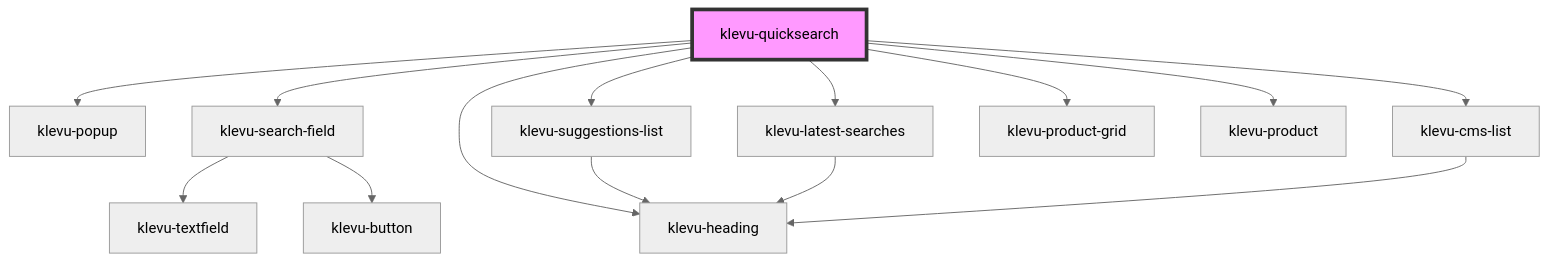
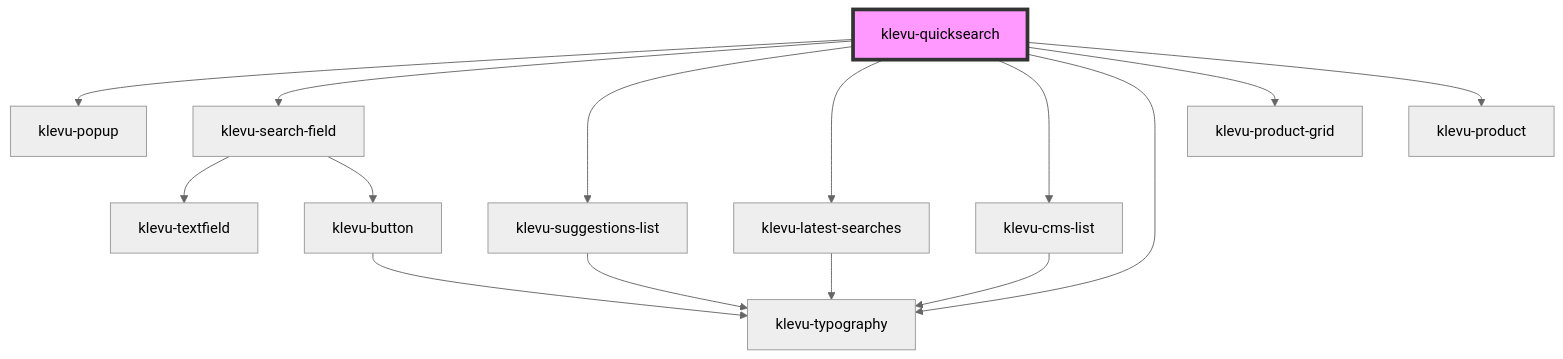
The diagram in packages/klevu-ui/src/components/klevu-quicksearch/readme.md (klevultd/frontend-sdk), drawn with Mermaid (neutral theme) before and after one commit. The commit also changed other lines of this file and 39 other files, not shown here.

Commit message:
change heading to typography and create system

````diff
--- a/packages/klevu-ui/src/components/klevu-quicksearch/readme.md
+++ b/packages/klevu-ui/src/components/klevu-quicksearch/readme.md
@@ -44,17 +44,18 @@
 ```mermaid
 graph TD;
   klevu-quicksearch --> klevu-popup
   klevu-quicksearch --> klevu-search-field
   klevu-quicksearch --> klevu-suggestions-list
   klevu-quicksearch --> klevu-latest-searches
   klevu-quicksearch --> klevu-cms-list
-  klevu-quicksearch --> klevu-heading
+  klevu-quicksearch --> klevu-typography
   klevu-quicksearch --> klevu-product-grid
   klevu-quicksearch --> klevu-product
   klevu-search-field --> klevu-textfield
   klevu-search-field --> klevu-button
-  klevu-suggestions-list --> klevu-heading
-  klevu-latest-searches --> klevu-heading
-  klevu-cms-list --> klevu-heading
+  klevu-button --> klevu-typography
+  klevu-suggestions-list --> klevu-typography
+  klevu-latest-searches --> klevu-typography
+  klevu-cms-list --> klevu-typography
   style klevu-quicksearch fill:#f9f,stroke:#333,stroke-width:4px
 ```
````
